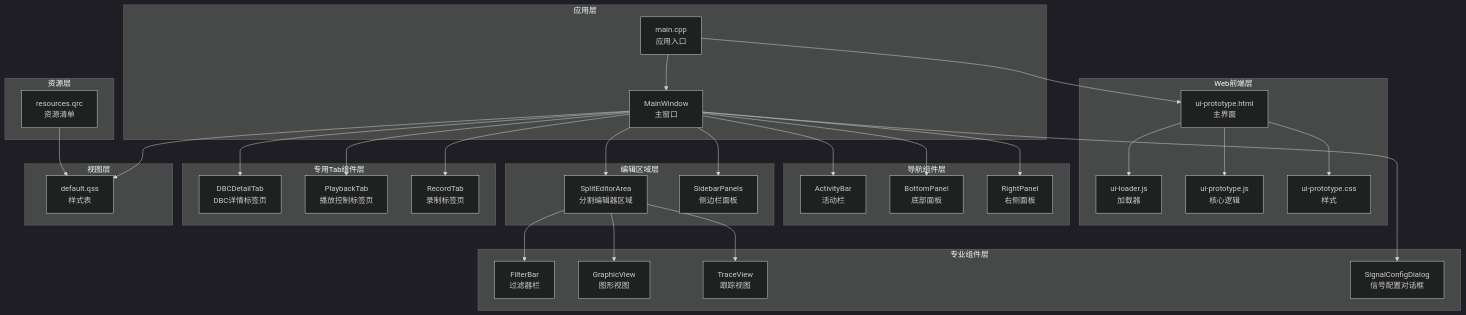
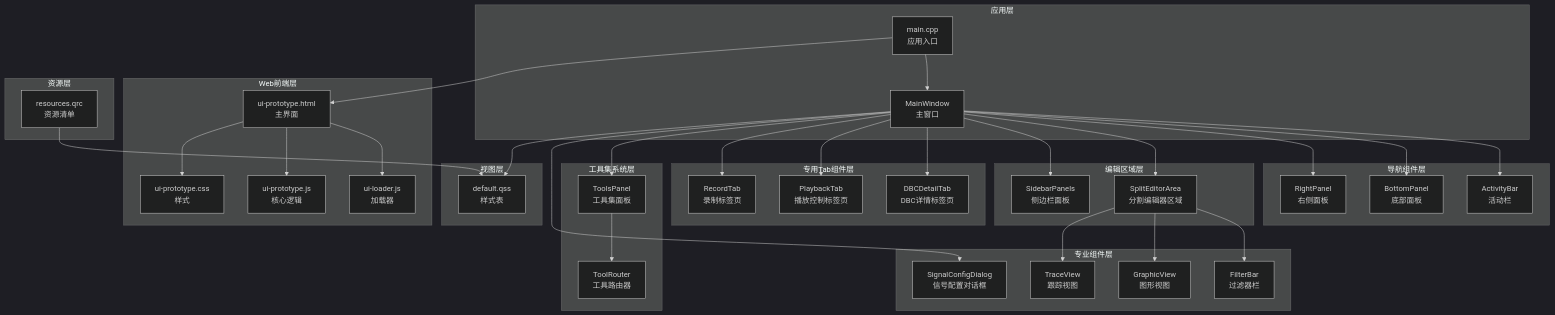
Before and after one commit to jakecai1225-design/OpenBus: the second of 19 diagrams in .qoder/repowiki/zh/content/架构设计/UI系统设计/UI系统设计.md, drawn with Mermaid (dark theme). The commit also changed other lines of this file and 25 other files, not shown here.

````diff
--- a/.qoder/repowiki/zh/content/架构设计/UI系统设计/UI系统设计.md
+++ b/.qoder/repowiki/zh/content/架构设计/UI系统设计/UI系统设计.md
@@ -153,58 +153,64 @@
 ```mermaid
 graph TB
 subgraph "应用层"
 M["main.cpp<br/>应用入口"]
 MW["MainWindow<br/>主窗口"]
 end
 subgraph "Web前端层"
 WPH["ui-prototype.html<br/>主界面"]
 WL["ui-loader.js<br/>加载器"]
 WP["ui-prototype.js<br/>核心逻辑"]
 WC["ui-prototype.css<br/>样式"]
 end
 subgraph "导航组件层"
 AB["ActivityBar<br/>活动栏"]
 BP["BottomPanel<br/>底部面板"]
 RP["RightPanel<br/>右侧面板"]
 end
 subgraph "编辑区域层"
 SEA["SplitEditorArea<br/>分割编辑器区域"]
 SBP["SidebarPanels<br/>侧边栏面板"]
 end
 subgraph "专用Tab组件层"
 DBCT["DBCDetailTab<br/>DBC详情标签页"]
 PB["PlaybackTab<br/>播放控制标签页"]
 RT["RecordTab<br/>录制标签页"]
 end
+subgraph "工具集系统层"
+TP["ToolsPanel<br/>工具集面板"]
+TR["ToolRouter<br/>工具路由器"]
+end
 subgraph "专业组件层"
 FB["FilterBar<br/>过滤器栏"]
 GV["GraphicView<br/>图形视图"]
 TV["TraceView<br/>跟踪视图"]
 SCD["SignalConfigDialog<br/>信号配置对话框"]
 end
 subgraph "视图层"
 QSS["default.qss<br/>样式表"]
 end
 subgraph "资源层"
 QRC["resources.qrc<br/>资源清单"]
 end
 M --> MW
 M --> WPH
 WPH --> WL
 WPH --> WP
 WPH --> WC
 MW --> AB
 MW --> BP
 MW --> RP
 MW --> SEA
 MW --> SBP
 MW --> DBCT
 MW --> PB
 MW --> RT
+MW --> TP
 SEA --> FB
 SEA --> GV
 SEA --> TV
 MW --> SCD
 MW --> QSS
 QRC --> QSS
+TP --> TR
 ```
````
